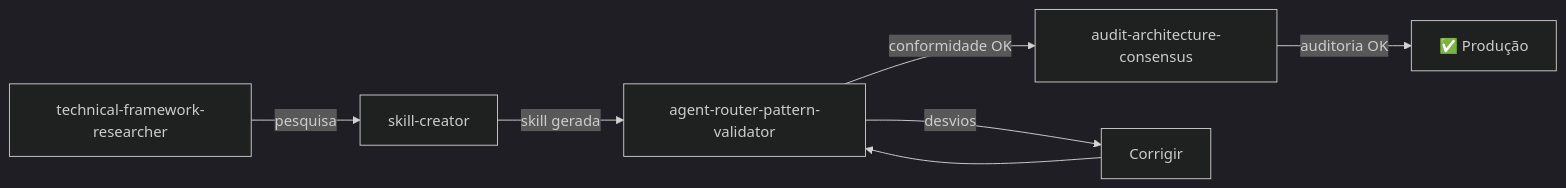
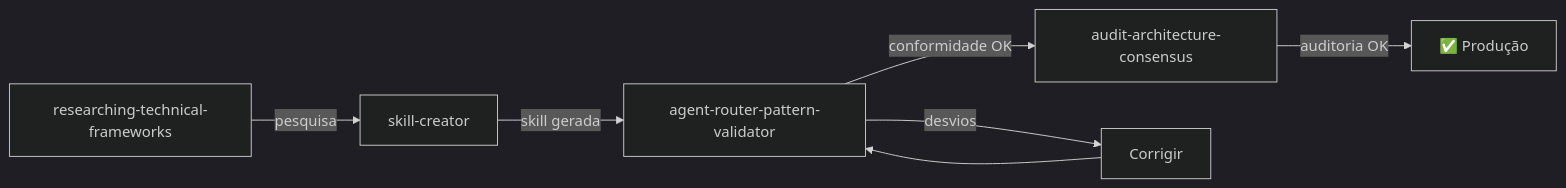
Before and after one commit to rodrigo-mendes/agents-factory: the diagram in docs/capacidades/prompts-framework.md, drawn with Mermaid (dark theme). The commit also changed 57 other files, not shown here.

````diff
--- a/docs/capacidades/prompts-framework.md
+++ b/docs/capacidades/prompts-framework.md
@@ -61,9 +61,9 @@
 ```mermaid
 graph LR
-    A[technical-framework-researcher] -->|pesquisa| B[skill-creator]
+    A[researching-technical-frameworks] -->|pesquisa| B[skill-creator]
     B -->|skill gerada| C[agent-router-pattern-validator]
     C -->|conformidade OK| D[audit-architecture-consensus]
     D -->|auditoria OK| E[✅ Produção]
     C -->|desvios| FIX[Corrigir]
     FIX --> C
 ```
````
